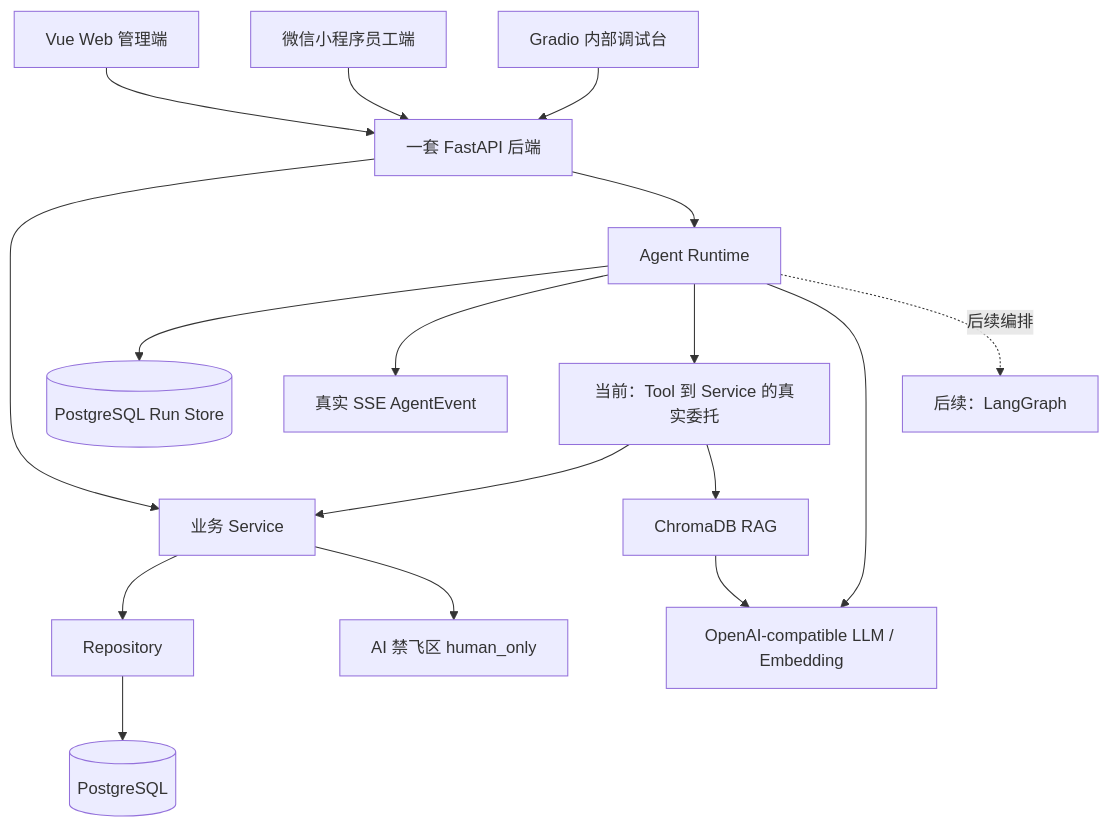
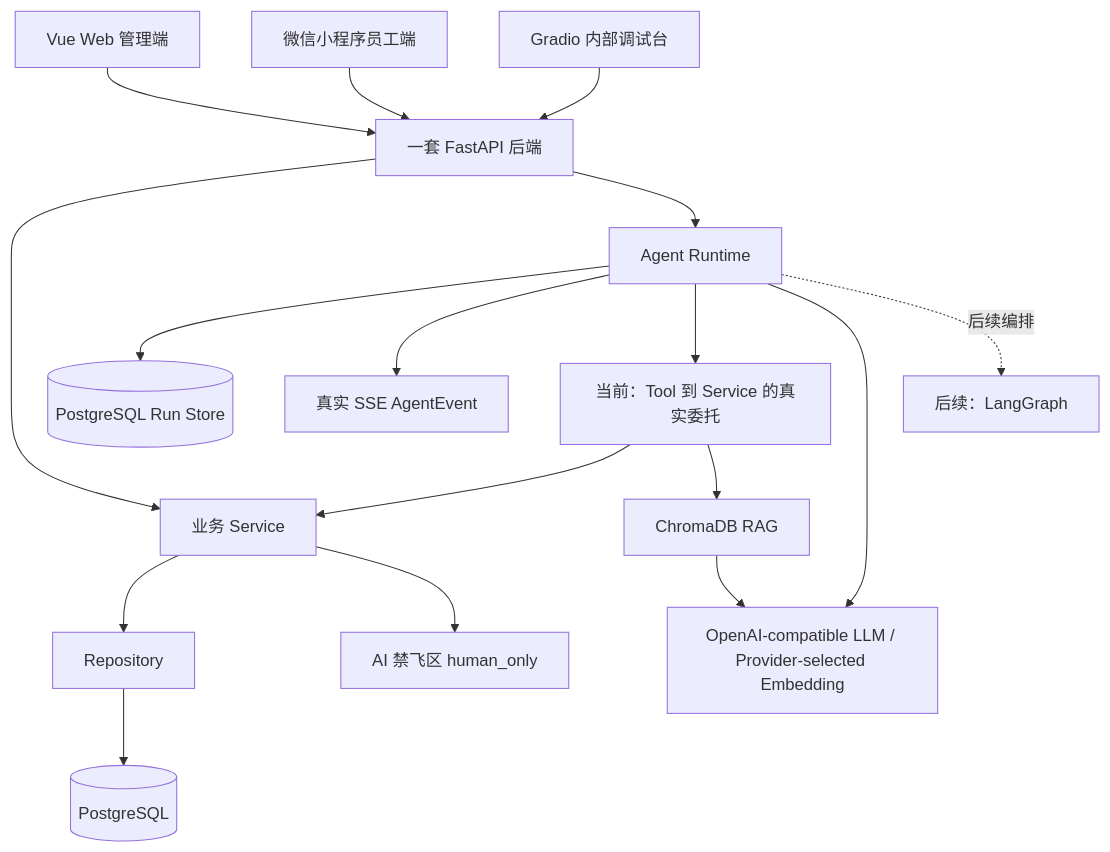
Before and after one commit to shmzl1/workspace-core: the first of 4 diagrams in docs/架构设计.md, drawn with Mermaid. The commit also changed other lines of this file and 14 other files, not shown here.

````diff
--- a/docs/架构设计.md
+++ b/docs/架构设计.md
@@ -14,34 +14,34 @@
 ```mermaid
 flowchart TB
     Web[Vue Web 管理端]
     Mini[微信小程序员工端]
     Gradio[Gradio 内部调试台]
     API[一套 FastAPI 后端]
     Service[业务 Service]
     Repo[Repository]
     PG[(PostgreSQL)]
     Runtime[Agent Runtime]
     RunStore[(PostgreSQL Run Store)]
     Tool[当前：Tool 到 Service 的真实委托]
     RAG[ChromaDB RAG]
-    Model[OpenAI-compatible LLM / Embedding]
+    Model[OpenAI-compatible LLM / Provider-selected Embedding]
     Future[后续：LangGraph]
     Human[AI 禁飞区 human_only]
 
     Web --> API
     Mini --> API
     Gradio --> API
     API --> Service
     Service --> Repo
     Repo --> PG
     API --> Runtime
     Runtime --> RunStore
     Runtime --> SSE[真实 SSE AgentEvent]
     Runtime --> Tool
     Tool --> Service
     Tool --> RAG
     RAG --> Model
     Runtime --> Model
     Runtime -. 后续编排 .-> Future
     Service --> Human
 ```
````
